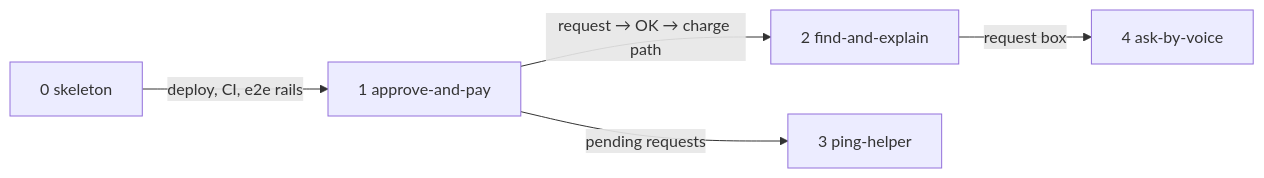
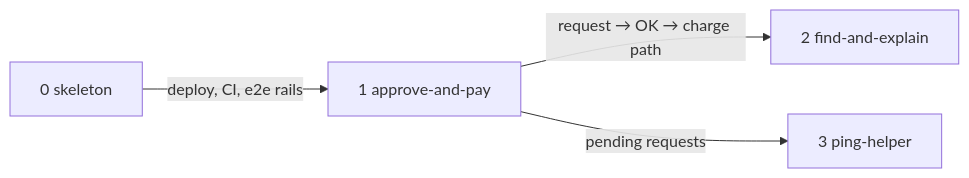
Before and after one commit to dzaffren/kincart: the second of 2 diagrams in docs/specs/shop-together/shape.md, drawn with Mermaid. The commit also changed other lines of this file and 38 other files, not shown here.

````diff
--- a/docs/specs/shop-together/shape.md
+++ b/docs/specs/shop-together/shape.md
@@ -23,7 +23,6 @@
 ```mermaid
 flowchart LR
     S0["0 skeleton"] -- "deploy, CI, e2e rails" --> S1["1 approve-and-pay"]
     S1 -- "request → OK → charge path" --> S2["2 find-and-explain"]
     S1 -- "pending requests" --> S3["3 ping-helper"]
-    S2 -- "request box" --> S4["4 ask-by-voice"]
 ```
````
